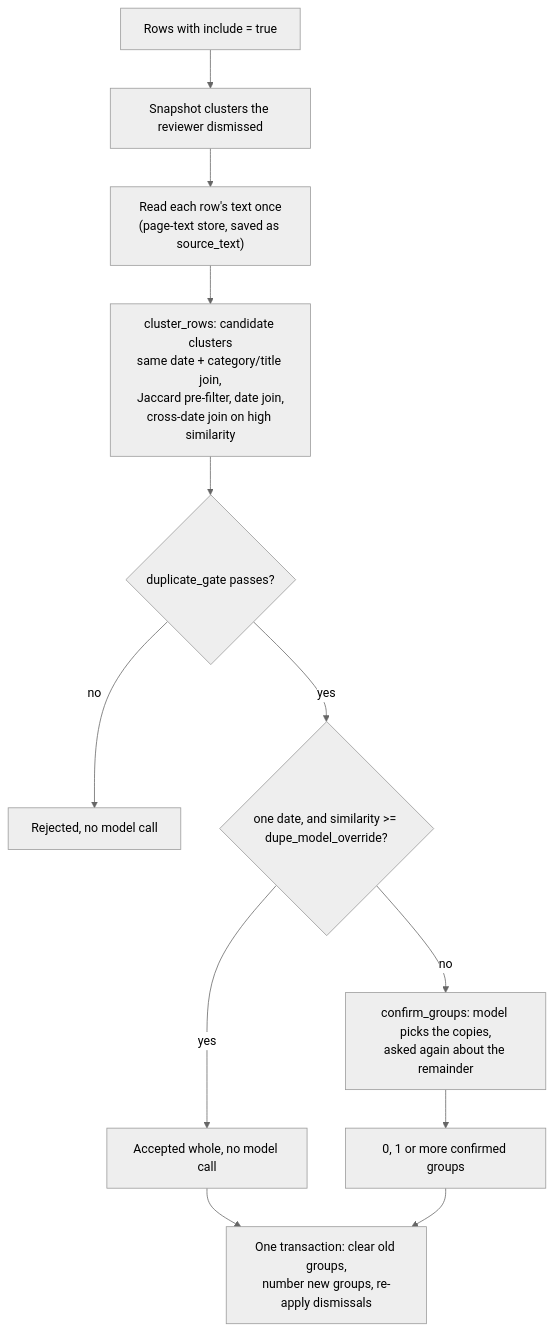
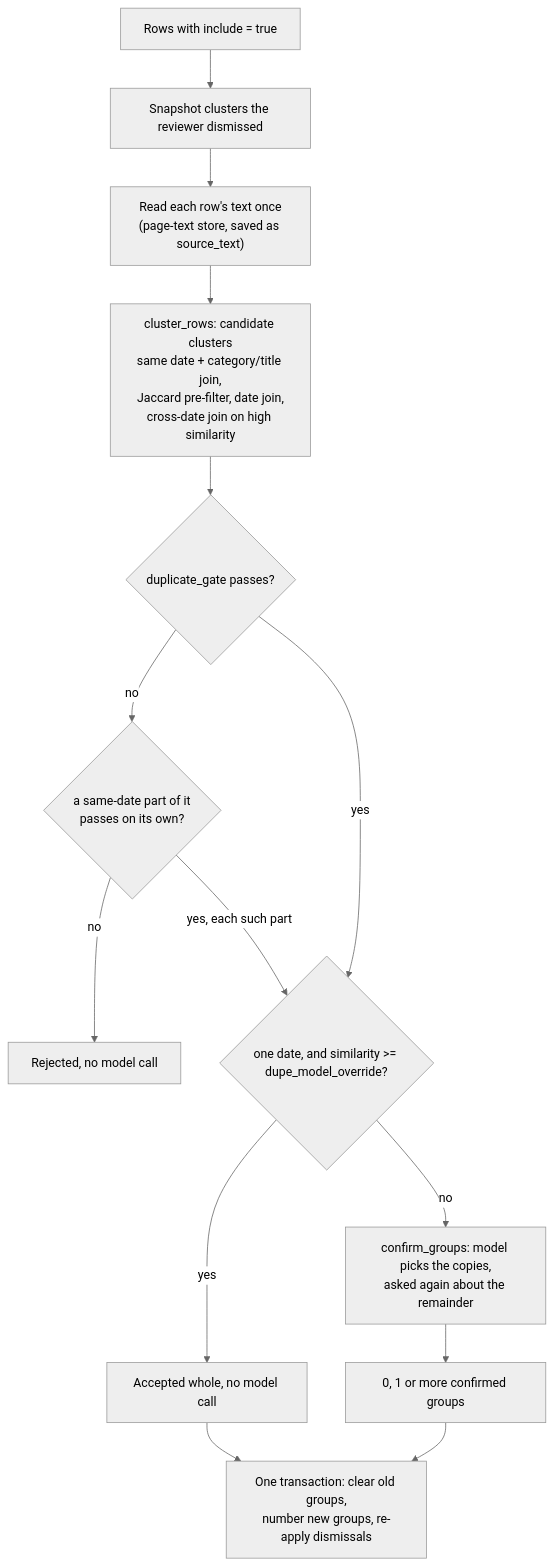
The first of 2 diagrams in docs/explanation/duplicate-detection.md (gesco-healthcare-support/ai-medical-record-review), drawn with Mermaid (neutral theme) before and after one commit. The commit also changed other lines of this file and 4 other files, not shown here.

````diff
--- a/docs/explanation/duplicate-detection.md
+++ b/docs/explanation/duplicate-detection.md
@@ -45,14 +45,16 @@
 ```mermaid
 flowchart TD
     A["Rows with include = true"] --> B["Snapshot clusters the reviewer dismissed"]
     B --> C["Read each row's text once<br/>(page-text store, saved as source_text)"]
     C --> D["cluster_rows: candidate clusters<br/>same date + category/title join,<br/>Jaccard pre-filter, date join,<br/>cross-date join on high similarity"]
     D --> E{"duplicate_gate passes?"}
-    E -->|no| X["Rejected, no model call"]
+    E -->|no| P{"a same-date part of it<br/>passes on its own?"}
+    P -->|no| X["Rejected, no model call"]
+    P -->|yes, each such part| F
     E -->|yes| F{"one date, and similarity >= dupe_model_override?"}
     F -->|yes| G["Accepted whole, no model call"]
     F -->|no| H["confirm_groups: model picks the copies,<br/>asked again about the remainder"]
     H --> I["0, 1 or more confirmed groups"]
     G --> J["One transaction: clear old groups,<br/>number new groups, re-apply dismissals"]
     I --> J
 ```
````
